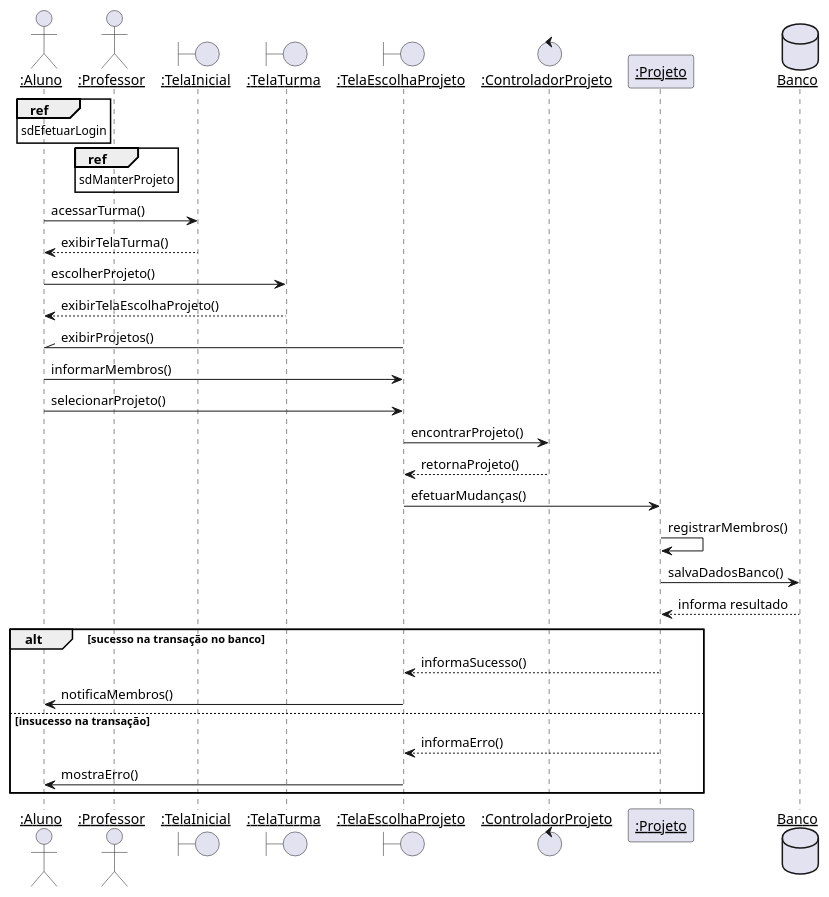
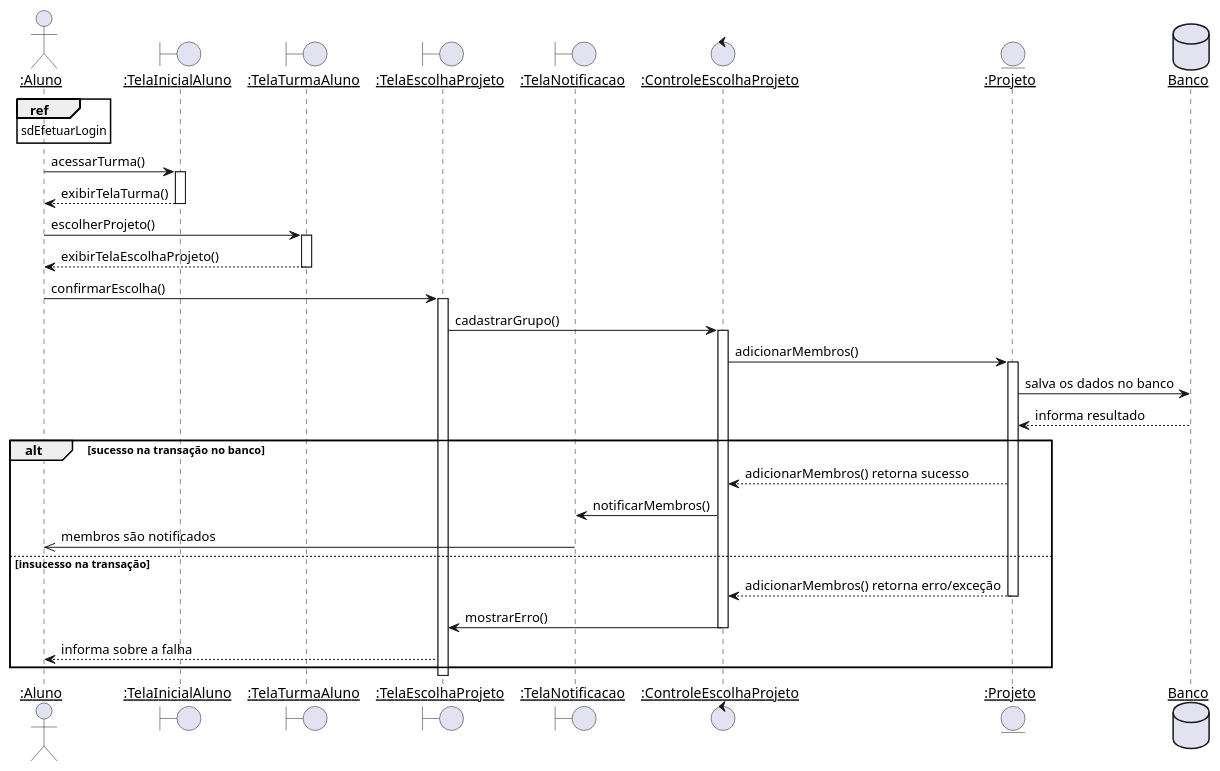
The diagram in diagramas/sequencia/escolher_projeto.puml (Pedro-V/projetorium), drawn with PlantUML before and after one commit. The commit also changed 5 other files, not shown here.

Commit message:
Primeiros usecases feitos nos diagramas de classe e sequencia

```diff
--- a/diagramas/sequencia/escolher_projeto.puml
+++ b/diagramas/sequencia/escolher_projeto.puml
@@ -1,36 +1,33 @@
 @startuml
 skinparam sequenceParticipant underline
 
 actor ":Aluno" as Aluno
-actor ":Professor" as Professor
-boundary ":TelaInicial" as TelaInicial
-boundary ":TelaTurma" as TelaTurma
+boundary ":TelaInicialAluno" as TelaInicialTurma
+boundary ":TelaTurmaAluno" as TelaTurmaAluno
 boundary ":TelaEscolhaProjeto" as TelaEscolhaProjeto
-control ":ControladorProjeto" as ControladorProjeto
-participant ":Projeto" as Projeto
+boundary ":TelaNotificacao" as TelaNotificacao
+control ":ControleEscolhaProjeto" as ControleEscolhaProjeto
+entity ":Projeto" as Projeto
 database Banco
 
 ref over Aluno : sdEfetuarLogin
-ref over Professor : sdManterProjeto
 
-Aluno -> TelaInicial : acessarTurma()
-TelaInicial --> Aluno : exibirTelaTurma()
-Aluno -> TelaTurma : escolherProjeto()
-TelaTurma --> Aluno : exibirTelaEscolhaProjeto()
-TelaEscolhaProjeto -\\ Aluno : exibirProjetos()
-Aluno -> TelaEscolhaProjeto : informarMembros()
-Aluno -> TelaEscolhaProjeto : selecionarProjeto()
-TelaEscolhaProjeto -> ControladorProjeto : encontrarProjeto()
-ControladorProjeto --> TelaEscolhaProjeto : retornaProjeto()
-TelaEscolhaProjeto -> Projeto : efetuarMudanças()
-Projeto -> Projeto : registrarMembros()
-Projeto -> Banco : salvaDadosBanco()
+Aluno -> TelaInicialTurma ++: acessarTurma()
+TelaInicialTurma --> Aluno --: exibirTelaTurma()
+Aluno -> TelaTurmaAluno ++: escolherProjeto()
+TelaTurmaAluno --> Aluno --: exibirTelaEscolhaProjeto()
+Aluno -> TelaEscolhaProjeto ++: confirmarEscolha()
+TelaEscolhaProjeto -> ControleEscolhaProjeto ++: cadastrarGrupo()
+ControleEscolhaProjeto -> Projeto ++: adicionarMembros()
+Projeto -> Banco : salva os dados no banco
 Banco --> Projeto : informa resultado
 alt sucesso na transação no banco
-    Projeto --> TelaEscolhaProjeto : informaSucesso()
-    TelaEscolhaProjeto -> Aluno : notificaMembros()
+  Projeto --> ControleEscolhaProjeto : adicionarMembros() retorna sucesso
+  ControleEscolhaProjeto -> TelaNotificacao : notificarMembros()
+  TelaNotificacao ->> Aluno : membros são notificados
 else insucesso na transação
-    Projeto --> TelaEscolhaProjeto : informaErro()
-    TelaEscolhaProjeto -> Aluno : mostraErro()
+  Projeto --> ControleEscolhaProjeto --: adicionarMembros() retorna erro/exceção
+  ControleEscolhaProjeto -> TelaEscolhaProjeto --: mostrarErro()
+  TelaEscolhaProjeto --> Aluno : informa sobre a falha
 end
 @enduml
```
